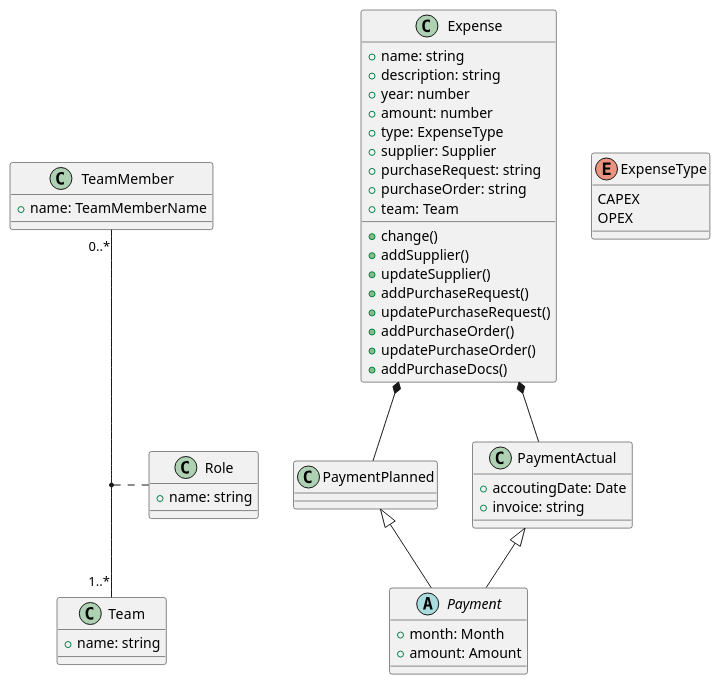
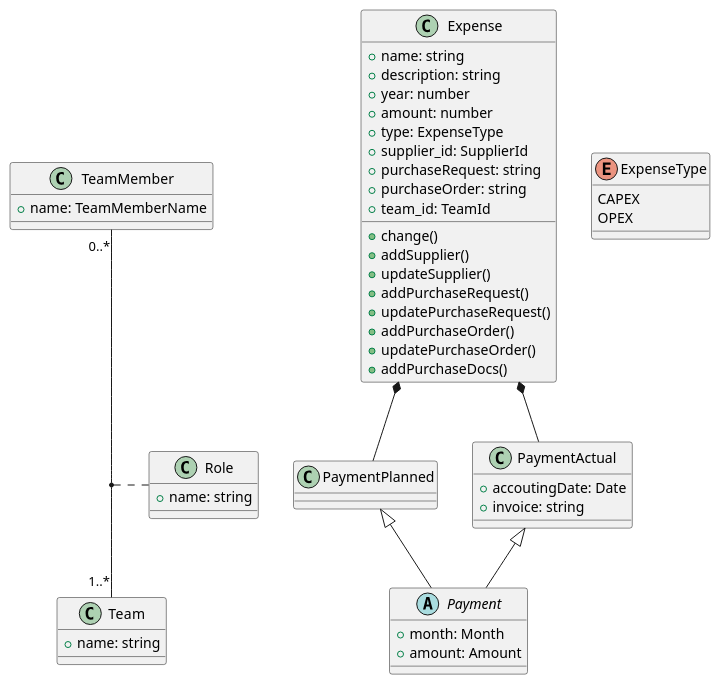
The diagram in uml/class-diagram.wsd (celsopires1999/expenses-planning), drawn with PlantUML before and after one commit. The commit also changed 12 other files, not shown here.

Commit message:
supplier and team as VOs in Expense

```diff
--- a/uml/class-diagram.wsd
+++ b/uml/class-diagram.wsd
@@ -1,62 +1,62 @@
 @startuml Expense
 class Expense {
     + name: string 
     + description: string 
     + year: number
     + amount: number
     + type: ExpenseType
-    + supplier: Supplier
+    + supplier_id: SupplierId
     + purchaseRequest: string
     + purchaseOrder: string
-    + team: Team
+    + team_id: TeamId
     + change()
     + addSupplier()
     + updateSupplier()
     + addPurchaseRequest()
     + updatePurchaseRequest()
     + addPurchaseOrder()
     + updatePurchaseOrder()
     + addPurchaseDocs()
 }
 enum ExpenseType {
     CAPEX
     OPEX
 }
 abstract class Payment {
     + month: Month
     + amount: Amount
 }
 
 class PaymentPlanned {
 
 }
 
 class PaymentActual {
   + accoutingDate: Date
   + invoice: string
 }
 
 PaymentPlanned <|-- Payment
 PaymentActual <|-- Payment
 
 Expense *-- PaymentPlanned
 Expense *-- PaymentActual
 
 class TeamMember {
     + name: TeamMemberName
 }
 
 class Team { 
     + name: string
 }
 
 class Role { 
     + name: string
 }
 
 TeamMember "0..*" -- "1..*" Team
 (TeamMember, Team) . Role
 
 
 
 @enduml
```
